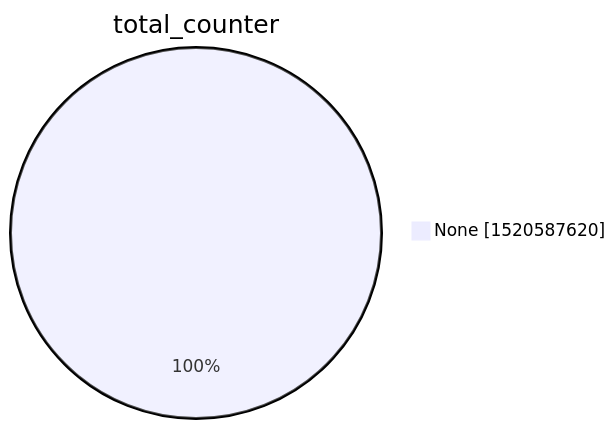
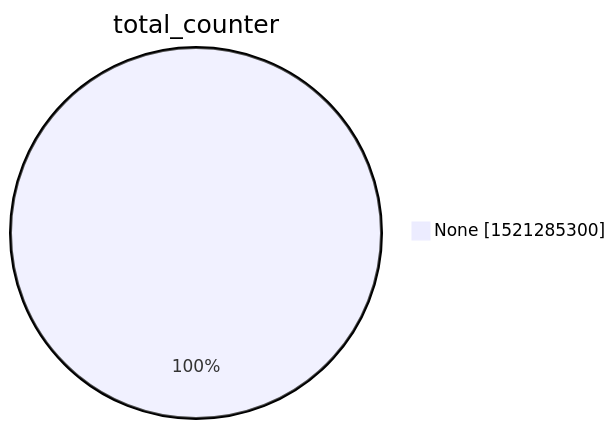
Before and after one commit to christiankrug/ctmonitor_visualization: the second of 15 diagrams in xenon2022/README.md, drawn with Mermaid. The commit also changed other lines of this file, not shown here.

````diff
--- a/xenon2022/README.md
+++ b/xenon2022/README.md
@@ -9,5 +9,5 @@
 ```mermaid
 pie showData
 title total_counter
-"None" :1520587620
+"None" :1521285300
 ```
````
